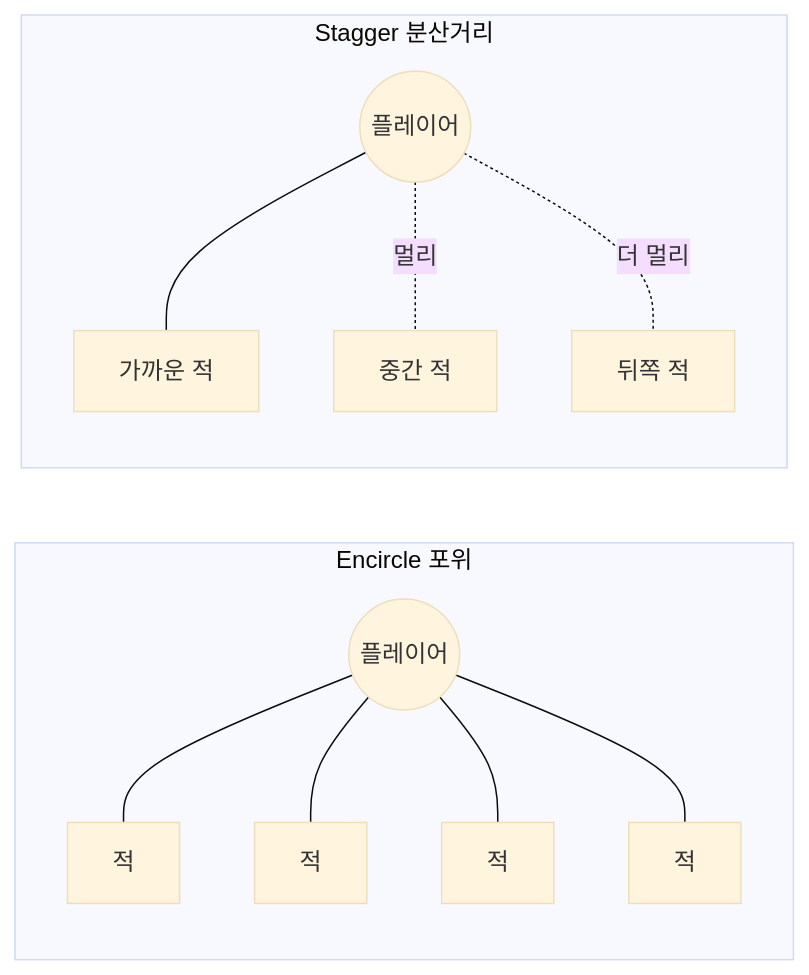
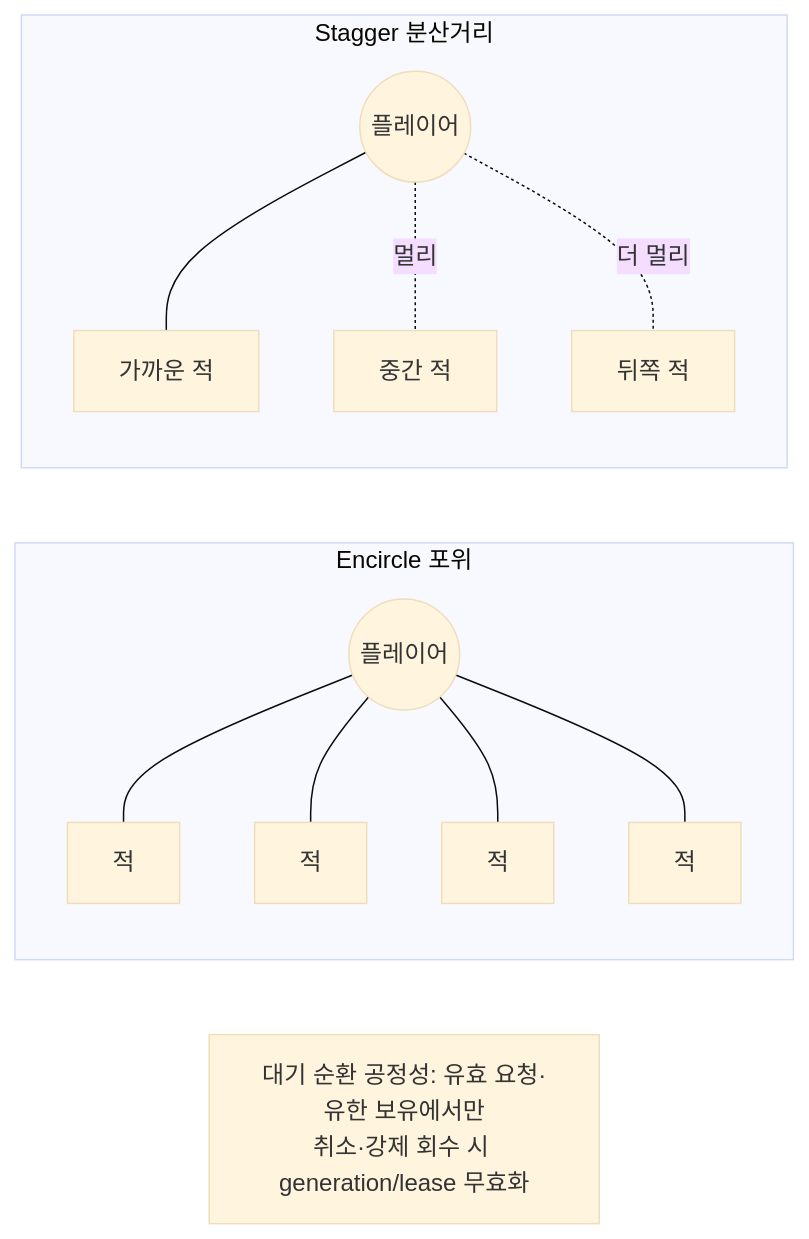
The fourth of 4 diagrams in ai/part15_attack_slot_system.md (Rein-ArXiv/game-dev-curriculum), drawn with Mermaid (base theme) before and after one commit. The commit also changed other lines of this file and 279 other files, not shown here.

````diff
--- a/ai/part15_attack_slot_system.md
+++ b/ai/part15_attack_slot_system.md
@@ -527,14 +550,15 @@
 ```mermaid
 flowchart LR
     subgraph Encircle 포위
     P1((플레이어)) --- A1[적]
     P1 --- A2[적]
     P1 --- A3[적]
     P1 --- A4[적]
     end
     subgraph Stagger 분산거리
     P2((플레이어)) --- B1[가까운 적]
     P2 -.멀리.- B2[중간 적]
     P2 -.더 멀리.- B3[뒤쪽 적]
     end
+    Fair[대기 순환 공정성: 유효 요청·유한 보유에서만<br/>취소·강제 회수 시 generation/lease 무효화]
 ```
````
